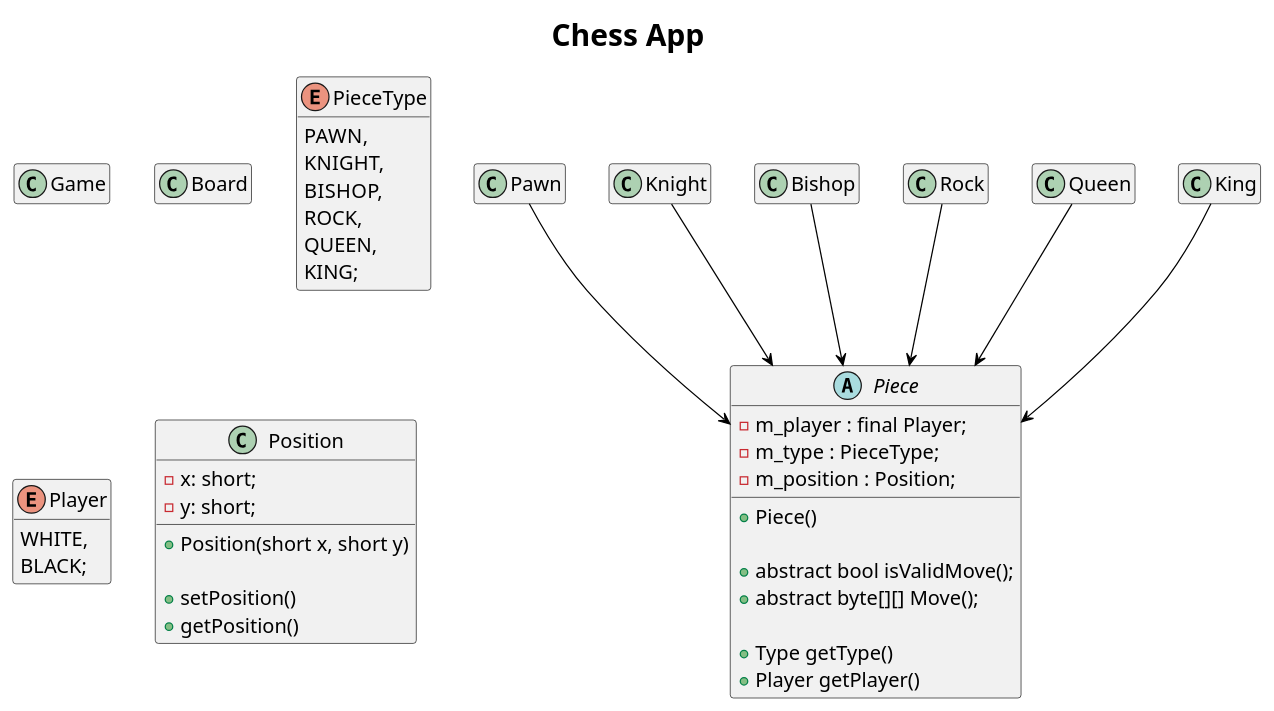
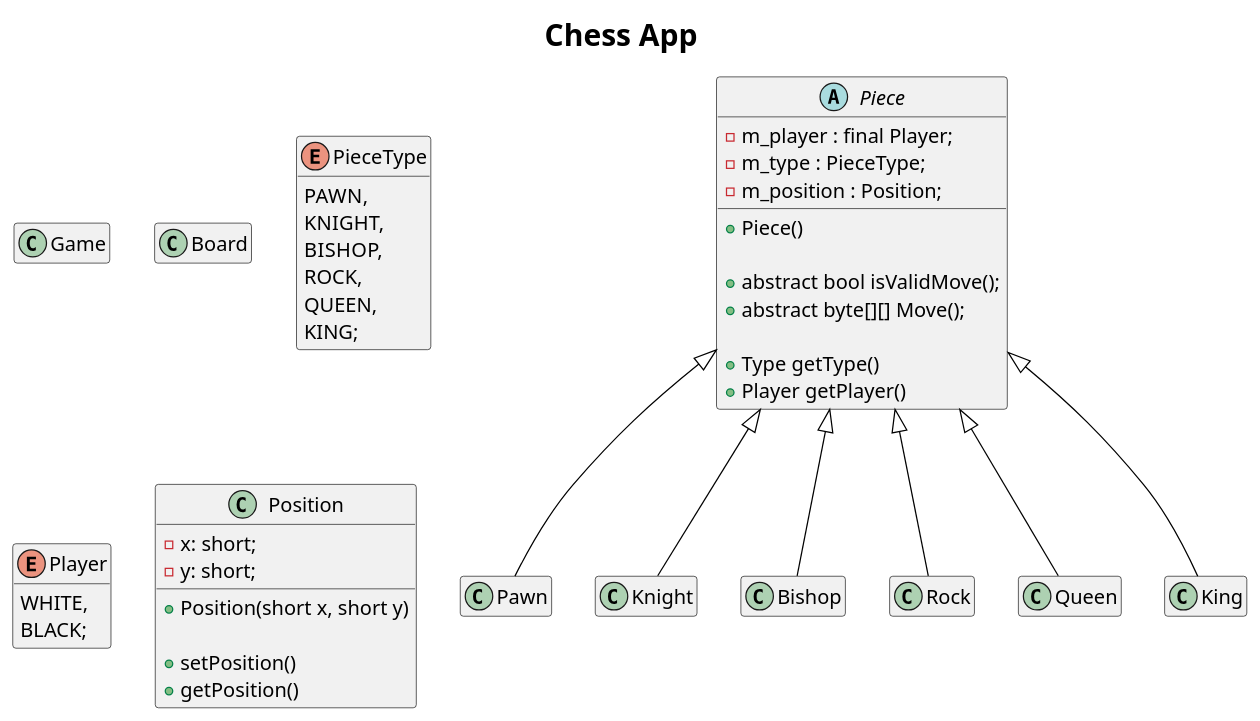
The diagram in sequence.plantuml (kboba/Chess-App), drawn with PlantUML before and after one commit.

Commit message:
apply the correct inheritance notation

```diff
--- a/sequence.plantuml
+++ b/sequence.plantuml
@@ -1,100 +1,101 @@
 @startuml Chess App
 
 
 skinparam DefaultFontName Arial
 skinparam DefaultFontSize 16
 skinparam DefaultFontStyle bold
 skinparam ClassBorderColor black
 skinparam SequenceMessageAlignment center
 skinparam ArrowThickness 1
 skinparam ArrowColor #black
 hide empty members
 
 skinparam titleBorderRoundCorner 15
 skinparam titleBorderThickness 2
 skinparam TitleFontSize 24
 
 title Chess App
 
 
 
 class Game {
     
 }
 
 class "Board" as Board {
 
 }
 
 enum PieceType {
     PAWN,
     KNIGHT,
     BISHOP,
     ROCK,
     QUEEN,
     KING;
 }
 
 enum Player {
     WHITE,
     BLACK;
 }
 
 class Position {
     -x: short;
     -y: short;
 
     +Position(short x, short y)
     
     +setPosition()
     +getPosition()
 }
 
 abstract class Piece {
     -m_player : final Player;
     -m_type : PieceType;
     -m_position : Position;
     
     +Piece()
     
     +abstract bool isValidMove();
     +abstract byte[][] Move();
 
     +Type getType()
     +Player getPlayer()
 }
 
 class Pawn {
 
 }
 
 class Knight {
 
 }
 
 class Bishop {
     
 }
 
 class Rock {
 
 }
 
 class Queen {
 
 }
 
 class King {
     
 }
 
-Pawn --> Piece
-Knight --> Piece
-Bishop --> Piece
-Rock --> Piece
-Queen --> Piece
-King --> Piece 
+
+Piece <|-- Pawn
+Piece <|-- Knight
+Piece <|-- Bishop
+Piece <|-- Rock
+Piece <|-- Queen
+Piece <|-- King
 
 
 
 @enduml
```
